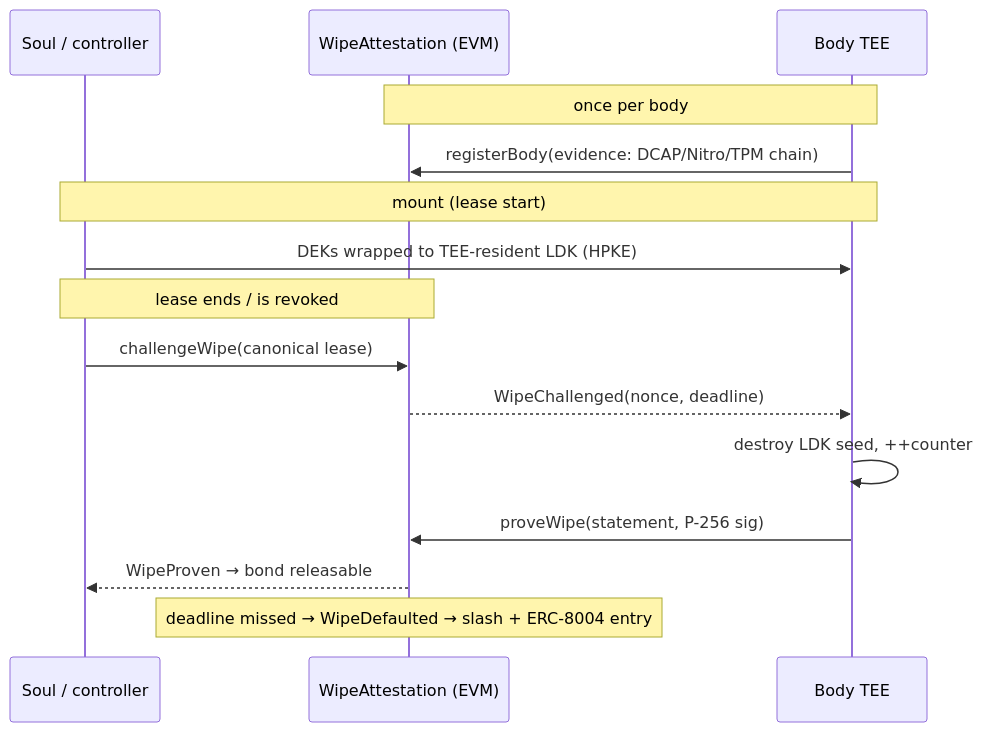
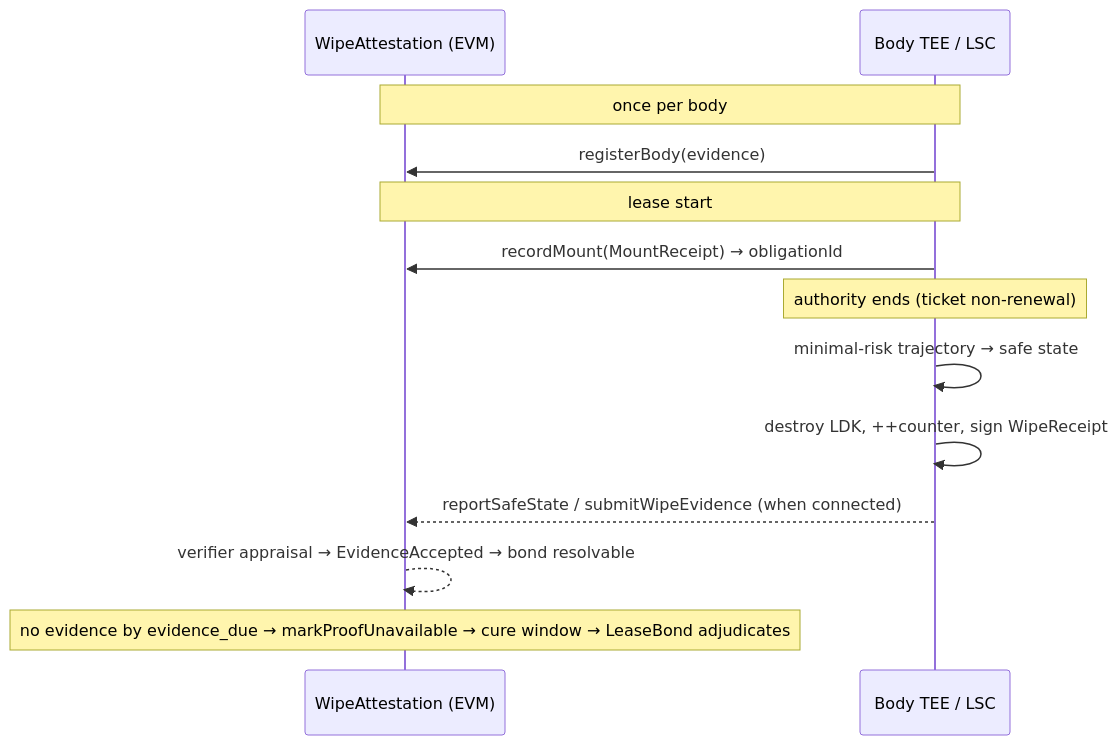
Before and after one commit to clavote-boop/ERCs: the first of 2 diagrams in embodied-ai-infrastructure-brief.md, drawn with Mermaid. The commit also changed other lines of this file and 3 other files, not shown here.

````diff
--- a/embodied-ai-infrastructure-brief.md
+++ b/embodied-ai-infrastructure-brief.md
@@ -149,17 +125,15 @@
 ```mermaid
 sequenceDiagram
-    participant Soul as Soul / controller
     participant Chain as WipeAttestation (EVM)
-    participant Body as Body TEE
+    participant Body as Body TEE / LSC
     Note over Body,Chain: once per body
-    Body->>Chain: registerBody(evidence: DCAP/Nitro/TPM chain)
-    Note over Soul,Body: mount (lease start)
-    Soul->>Body: DEKs wrapped to TEE-resident LDK (HPKE)
-    Note over Soul,Chain: lease ends / is revoked
-    Soul->>Chain: challengeWipe(canonical lease)
-    Chain-->>Body: WipeChallenged(nonce, deadline)
-    Body->>Body: destroy LDK seed, ++counter
-    Body->>Chain: proveWipe(statement, P-256 sig)
-    Chain-->>Soul: WipeProven → bond releasable
-    Note over Chain: deadline missed → WipeDefaulted → slash + ERC-8004 entry
+    Body->>Chain: registerBody(evidence)
+    Note over Body,Chain: lease start
+    Body->>Chain: recordMount(MountReceipt) → obligationId
+    Note over Body: authority ends (ticket non-renewal)
+    Body->>Body: minimal-risk trajectory → safe state
+    Body->>Body: destroy LDK, ++counter, sign WipeReceipt
+    Body-->>Chain: reportSafeState / submitWipeEvidence (when connected)
+    Chain-->>Chain: verifier appraisal → EvidenceAccepted → bond resolvable
+    Note over Chain: no evidence by evidence_due → markProofUnavailable → cure window → LeaseBond adjudicates
 ```
````
